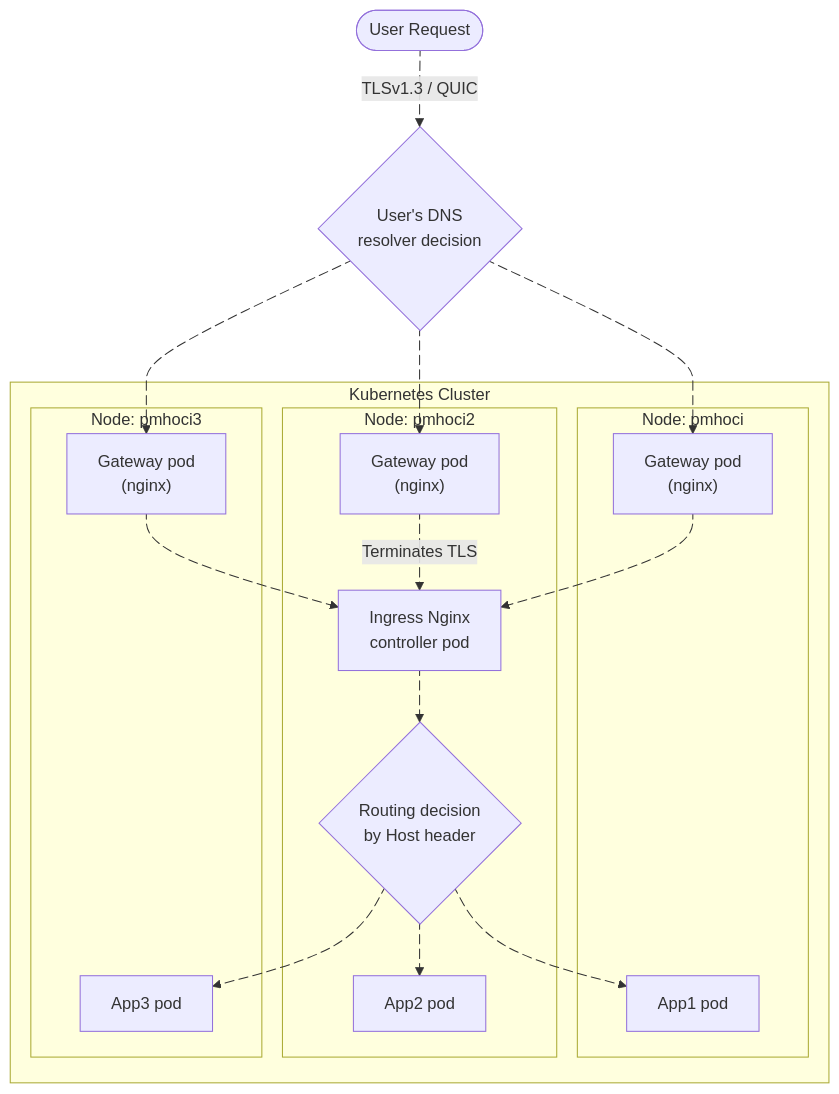
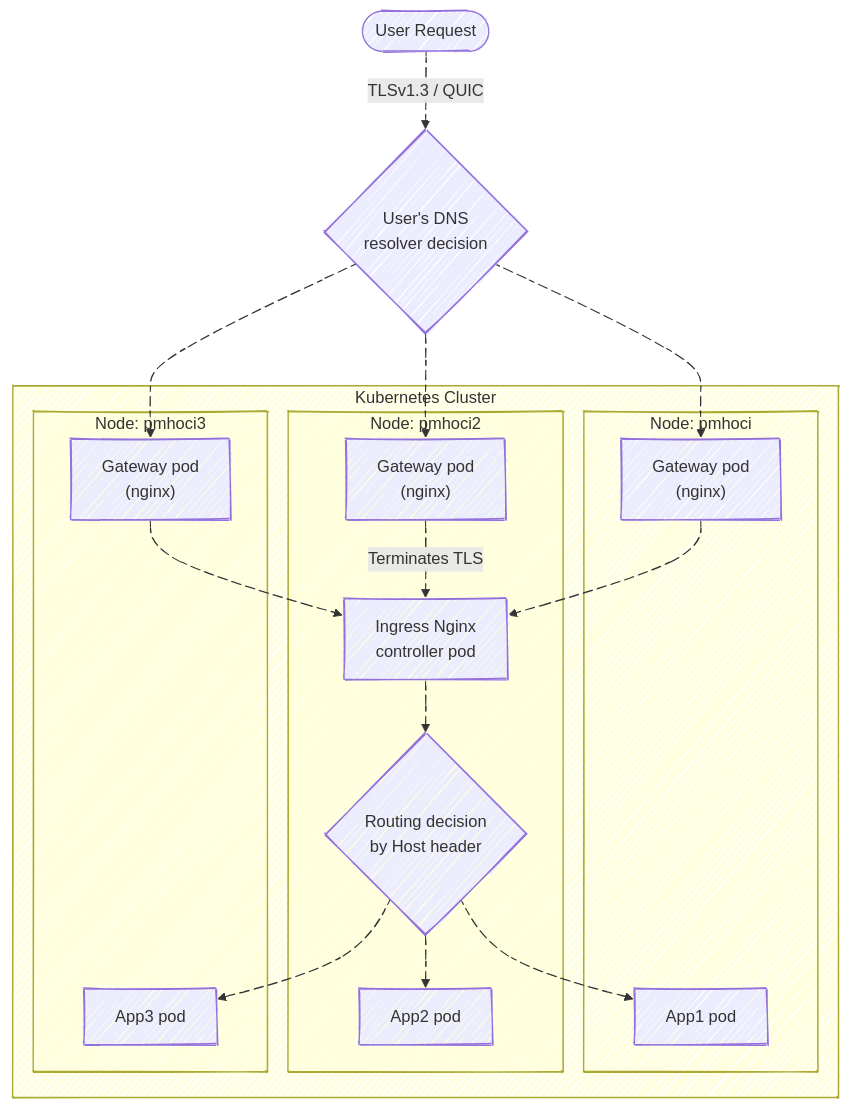
The diagram in README.md (pmh-only/lab), drawn with Mermaid before and after one commit.

Commit message:
docs: add hand drawn style to traffic diagram

````diff
--- a/README.md
+++ b/README.md
@@ -19,63 +19,67 @@
 ```mermaid
+---
+config:
+  look: handDrawn
+---
 flowchart TD
     A([User Request])
     A a1@-->|TLSv1.3 / QUIC| B
     B{"
         User's DNS
         resolver decision
     "}
     B a2@--> E1
     B a3@--> E2
     B a4@--> E3
     subgraph C[Kubernetes Cluster]
     subgraph D1[Node: pmhoci]
         E1["
             Gateway pod
             (nginx)
         "]
         H1[App1 pod]
     end
     subgraph D2[Node: pmhoci2]
         E2["
             Gateway pod
             (nginx)
         "]
         F["
             Ingress Nginx
             controller pod
         "]
         G{"
             Routing decision
             by Host header
         "}
         H2[App2 pod]
     end
     subgraph D3[Node: pmhoci3]
         E3["
             Gateway pod
             (nginx)
         "]
         H3[App3 pod]
     end
 
     E1 a5@--> F
     E2 a6@-->|Terminates TLS| F
     E3 a7@--> F
     F a8@--> G
     G a9@--> H1
     G a10@--> H2
     G a11@--> H3
     end
 
     a1@{ animation: fast }
     a2@{ animation: fast }
     a3@{ animation: fast }
     a4@{ animation: fast }
     a5@{ animation: fast }
     a6@{ animation: fast }
     a7@{ animation: fast }
     a8@{ animation: fast }
     a9@{ animation: fast }
     a10@{ animation: fast }
     a11@{ animation: fast }
 ```
````
